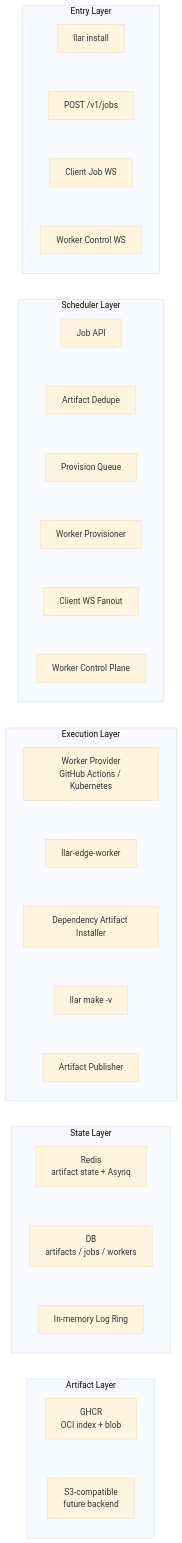
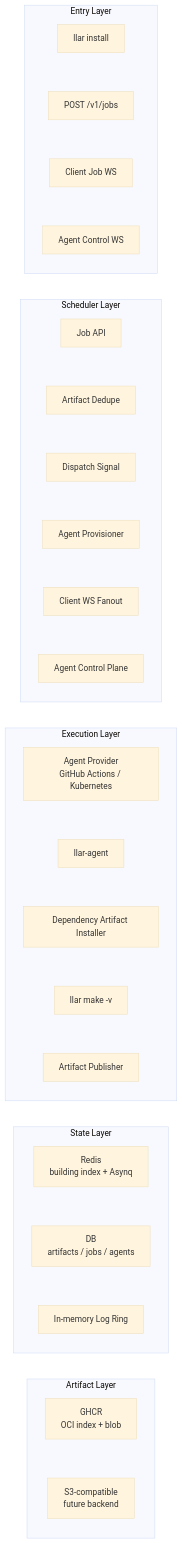
Before and after one commit to MeteorsLiu/llar: the second of 2 diagrams in docs/superpowers/specs/2026-05-25-cloud-build-design.md, drawn with Mermaid (base theme). The commit also changed other lines of this file and 2 other files, not shown here.

Commit message:
docs: update cloud build architecture

````diff
--- a/docs/superpowers/specs/2026-05-25-cloud-build-design.md
+++ b/docs/superpowers/specs/2026-05-25-cloud-build-design.md
@@ -37,52 +37,52 @@
 ```mermaid
 flowchart TB
   subgraph EntryRow["Entry Layer"]
     direction TB
     CLI["llar install"]
     SubmitAPI["POST /v1/jobs"]
     ClientWS["Client Job WS"]
-    WorkerWS["Worker Control WS"]
-    CLI ~~~ SubmitAPI ~~~ ClientWS ~~~ WorkerWS
+    AgentWS["Agent Control WS"]
+    CLI ~~~ SubmitAPI ~~~ ClientWS ~~~ AgentWS
   end
 
   subgraph SchedulerRow["Scheduler Layer"]
     direction TB
     JobAPI["Job API"]
     Dedupe["Artifact Dedupe"]
-    Queue["Provision Queue"]
-    Provisioner["Worker Provisioner"]
+    Queue["Dispatch Signal"]
+    Provisioner["Agent Provisioner"]
     Fanout["Client WS Fanout"]
-    WorkerControl["Worker Control Plane"]
-    JobAPI ~~~ Dedupe ~~~ Queue ~~~ Provisioner ~~~ Fanout ~~~ WorkerControl
+    AgentControl["Agent Control Plane"]
+    JobAPI ~~~ Dedupe ~~~ Queue ~~~ Provisioner ~~~ Fanout ~~~ AgentControl
   end
 
   subgraph ExecutionRow["Execution Layer"]
     direction TB
-    Provider["Worker Provider<br/>GitHub Actions / Kubernetes"]
-    EdgeWorker["llar-edge-worker"]
+    Provider["Agent Provider<br/>GitHub Actions / Kubernetes"]
+    EdgeAgent["llar-agent"]
     DepInstaller["Dependency Artifact Installer"]
     LocalBuild["llar make -v"]
     Publisher["Artifact Publisher"]
-    Provider ~~~ EdgeWorker ~~~ DepInstaller ~~~ LocalBuild ~~~ Publisher
+    Provider ~~~ EdgeAgent ~~~ DepInstaller ~~~ LocalBuild ~~~ Publisher
   end
 
   subgraph StateRow["State Layer"]
     direction TB
-    RedisState["Redis<br/>artifact state + Asynq"]
-    DB["DB<br/>artifacts / jobs / workers"]
+    RedisState["Redis<br/>building index + Asynq"]
+    DB["DB<br/>artifacts / jobs / agents"]
     LogRing["In-memory Log Ring"]
     RedisState ~~~ DB ~~~ LogRing
   end
 
   subgraph ArtifactRow["Artifact Layer"]
     direction TB
     GHCR["GHCR<br/>OCI index + blob"]
     S3["S3-compatible<br/>future backend"]
     GHCR ~~~ S3
   end
 
   CLI ~~~ JobAPI
   JobAPI ~~~ Provider
   Provider ~~~ RedisState
   RedisState ~~~ GHCR
 ```
````
